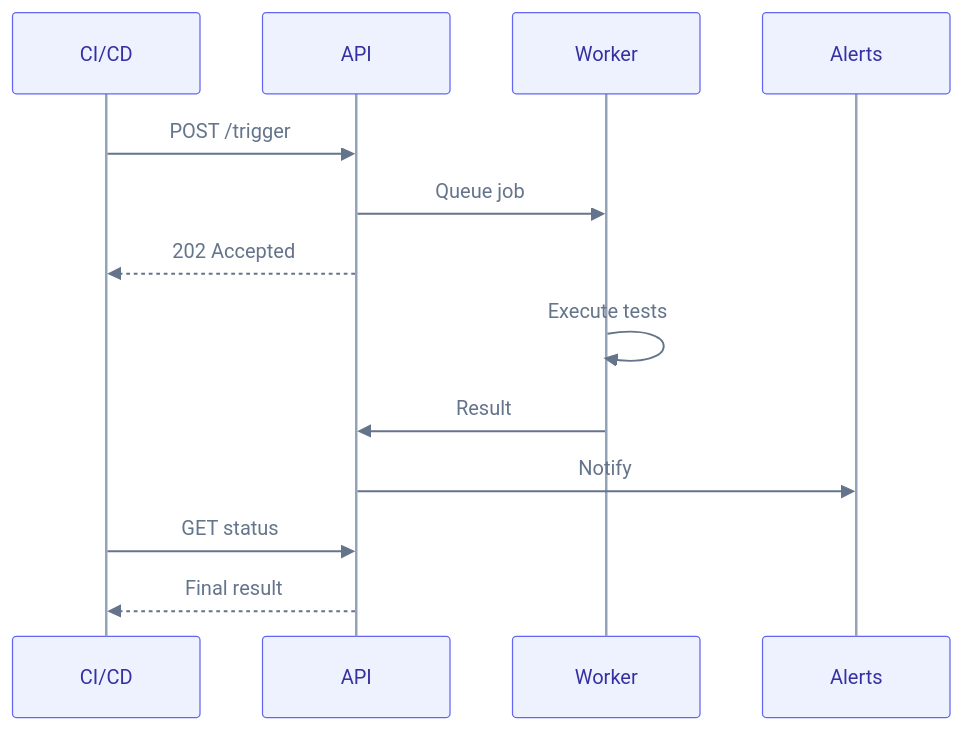
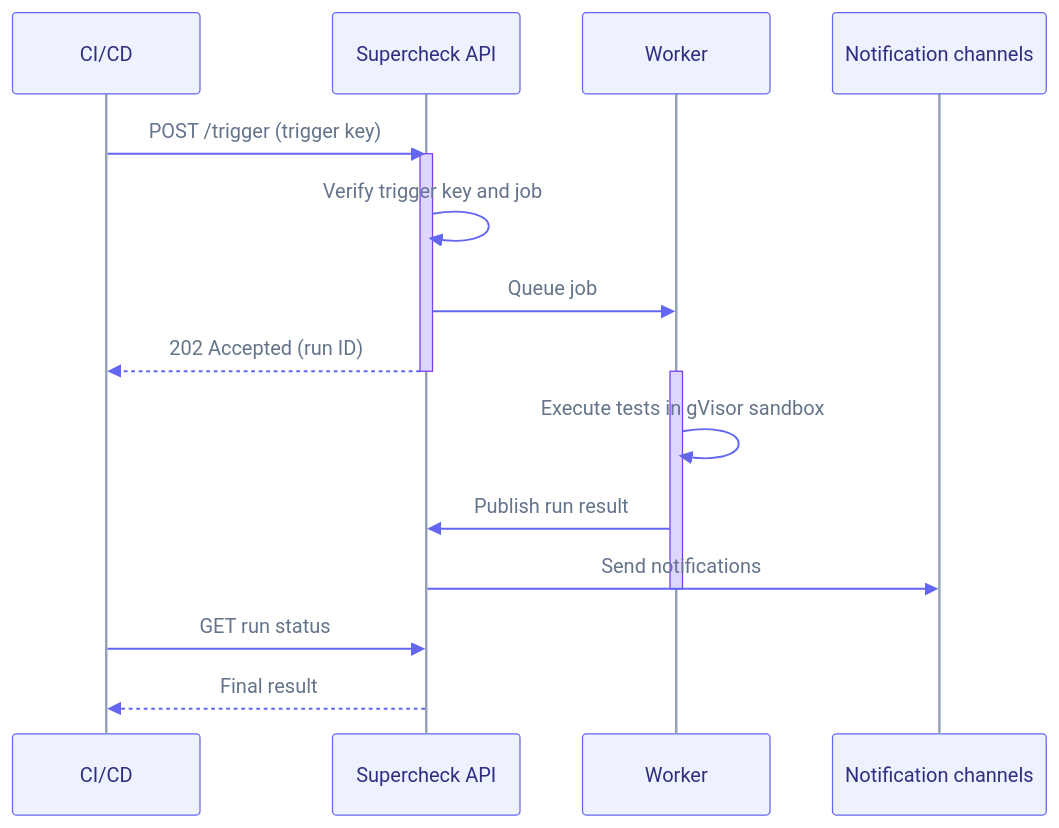
The diagram in docs/content/docs/app/automate/jobs.mdx (supercheck-io/supercheck), drawn with Mermaid before and after one commit. The commit also changed 17 other files, not shown here.

First line of the commit message:
docs: restore original colors, add AI SRE to architecture, reorganize + multi-color diagrams (#310)

````diff
--- a/docs/content/docs/app/automate/jobs.mdx
+++ b/docs/content/docs/app/automate/jobs.mdx
@@ -113,17 +113,22 @@
 ```mermaid
-%%{init: {"theme":"base","themeVariables":{"fontFamily":"ui-sans-serif, system-ui, -apple-system, Segoe UI, Roboto, sans-serif","primaryColor":"#eef2ff","primaryTextColor":"#3730a3","primaryBorderColor":"#6366f1","lineColor":"#94a3b8","secondaryColor":"#fffbeb","secondaryTextColor":"#92400e","secondaryBorderColor":"#f59e0b","tertiaryColor":"#ecfdf5","tertiaryTextColor":"#065f46","tertiaryBorderColor":"#10b981","clusterBkg":"#f8fafc","clusterBorder":"#cbd5e1","edgeLabelBackground":"#ffffff","actorBkg":"#eef2ff","actorBorder":"#6366f1","actorTextColor":"#3730a3","actorLineColor":"#94a3b8","signalColor":"#64748b","signalTextColor":"#64748b","labelBoxBkgColor":"#fffbeb","labelBoxBorderColor":"#f59e0b","labelTextColor":"#92400e","loopTextColor":"#64748b","activationBkgColor":"#ddd6fe","activationBorderColor":"#7c3aed","noteBkgColor":"#fef9c3","noteBorderColor":"#eab308","noteTextColor":"#713f12","textColor":"#475569","mainBkg":"#ffffff"}}}%%
+%%{init: {"theme":"base","themeVariables":{"fontFamily":"ui-sans-serif, system-ui, -apple-system, Segoe UI, Roboto, sans-serif","actorBkg":"#eef2ff","actorBorder":"#6366f1","actorTextColor":"#312e81","actorLineColor":"#94a3b8","signalColor":"#6366f1","signalTextColor":"#64748b","labelBoxBkgColor":"#fef3c7","labelBoxBorderColor":"#d97706","labelTextColor":"#78350f","loopTextColor":"#64748b","activationBkgColor":"#ddd6fe","activationBorderColor":"#7c3aed","noteBkgColor":"#fef3c7","noteBorderColor":"#d97706","noteTextColor":"#78350f","textColor":"#64748b","lineColor":"#94a3b8","mainBkg":"transparent"}}}%%
 sequenceDiagram
     participant CI as CI/CD
-    participant API
+    participant API as Supercheck API
     participant Worker
-    participant Alerts
+    participant Alerts as Notification channels
 
-    CI->>API: POST /trigger
+    CI->>API: POST /trigger (trigger key)
+    activate API
+    API->>API: Verify trigger key and job
     API->>Worker: Queue job
-    API-->>CI: 202 Accepted
-    Worker->>Worker: Execute tests
-    Worker->>API: Result
-    API->>Alerts: Notify
-    CI->>API: GET status
+    API-->>CI: 202 Accepted (run ID)
+    deactivate API
+    activate Worker
+    Worker->>Worker: Execute tests in gVisor sandbox
+    Worker->>API: Publish run result
+    API->>Alerts: Send notifications
+    deactivate Worker
+    CI->>API: GET run status
     API-->>CI: Final result
 ```
````
